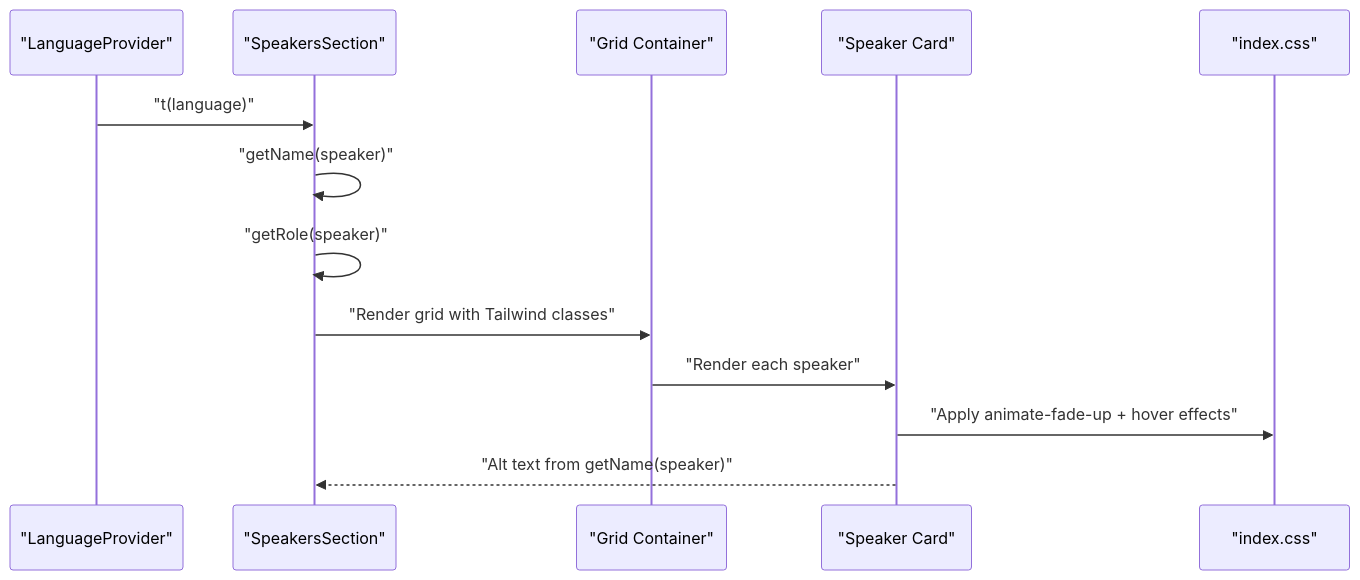
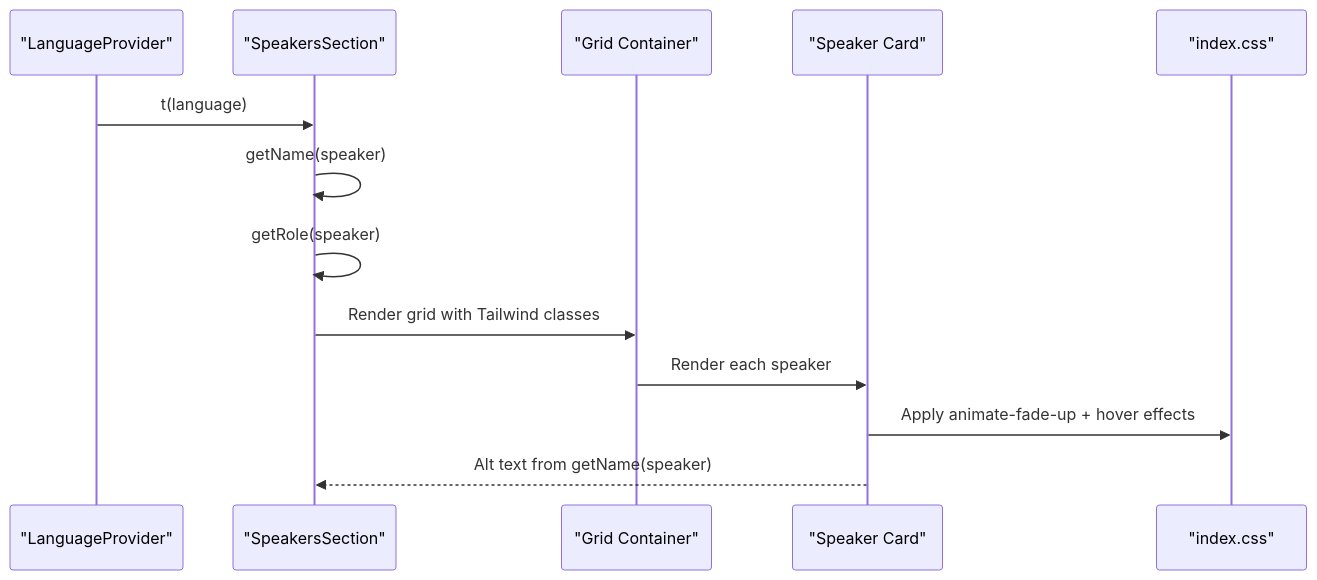
One commit to mohjak/sc-dof changed the second of 8 diagrams in .qoder/repowiki/en/content/Component Reference/Custom Components/Speakers Section.md. Above: the diagram before and after it, drawn with Mermaid. The commit also changed other lines of this file and 68 other files, not shown here.

First line of the commit message:
docs(docs): update component architecture docs with markdown formatting fixes

````diff
--- a/.qoder/repowiki/en/content/Component Reference/Custom Components/Speakers Section.md
+++ b/.qoder/repowiki/en/content/Component Reference/Custom Components/Speakers Section.md
@@ -69,15 +67,15 @@
 ```mermaid
 sequenceDiagram
 participant Provider as "LanguageProvider"
 participant Component as "SpeakersSection"
 participant Grid as "Grid Container"
 participant Card as "Speaker Card"
 participant CSS as "index.css"
-Provider->>Component : "t(language)"
-Component->>Component : "getName(speaker)"
-Component->>Component : "getRole(speaker)"
-Component->>Grid : "Render grid with Tailwind classes"
-Grid->>Card : "Render each speaker"
-Card->>CSS : "Apply animate-fade-up + hover effects"
-Card-->>Component : "Alt text from getName(speaker)"
+Provider->>Component : t(language)
+Component->>Component : getName(speaker)
+Component->>Component : getRole(speaker)
+Component->>Grid : Render grid with Tailwind classes
+Grid->>Card : Render each speaker
+Card->>CSS : Apply animate-fade-up + hover effects
+Card-->>Component : Alt text from getName(speaker)
 ```
````
